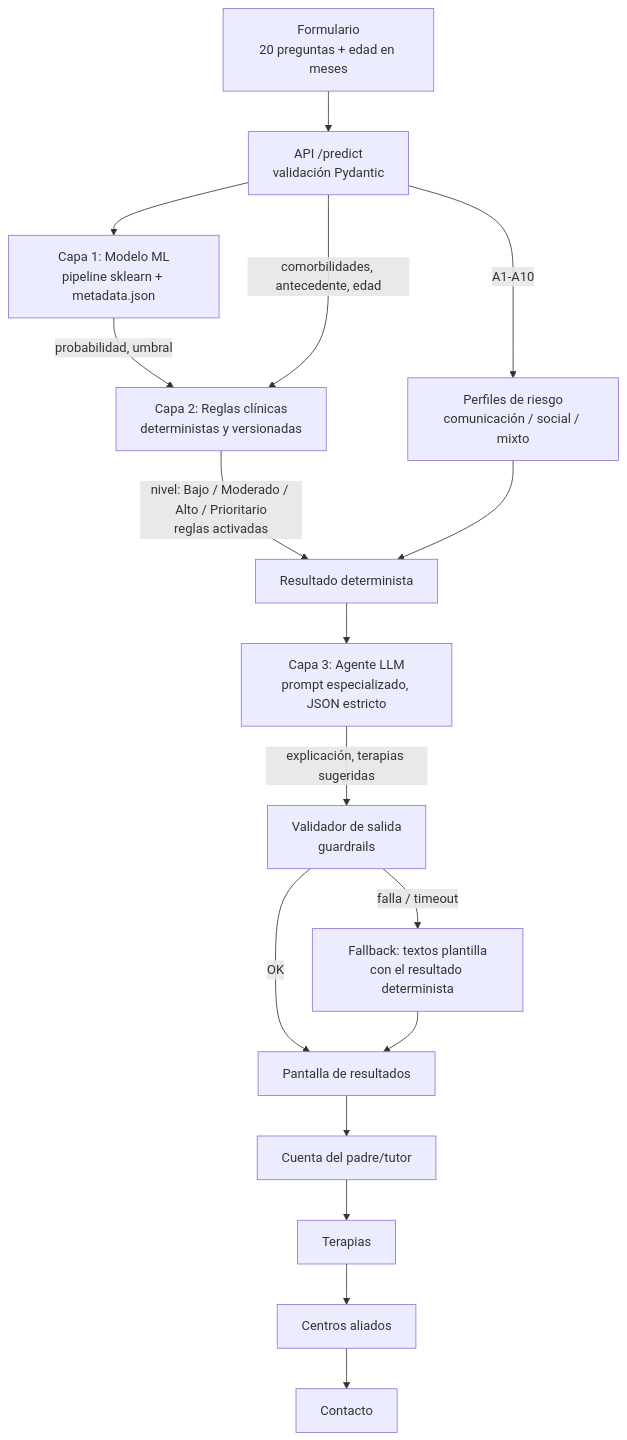
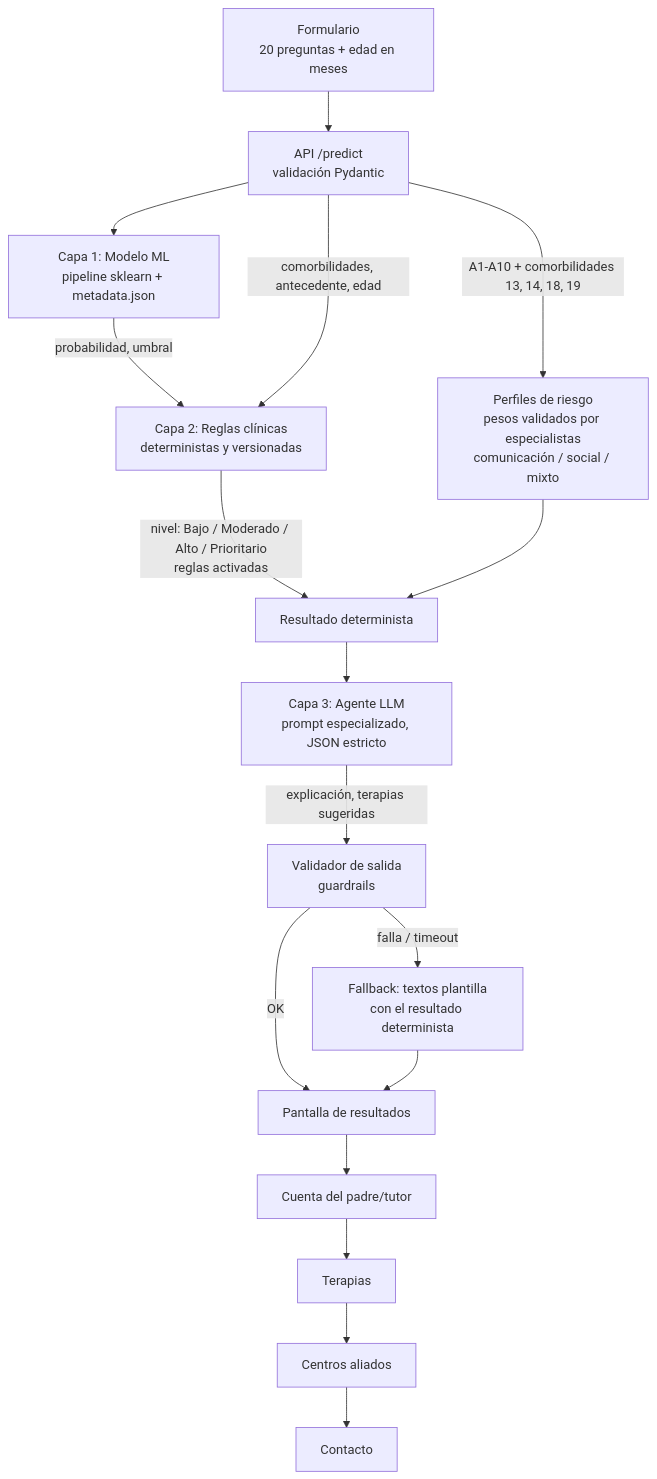
The diagram in docs/consideraciones_app_tamizaje.md (ErnestoSCL/neuroa-modelo-tamizaje), drawn with Mermaid before and after one commit. The commit also changed other lines of this file and 1 other file, not shown here.

````diff
--- a/docs/consideraciones_app_tamizaje.md
+++ b/docs/consideraciones_app_tamizaje.md
@@ -122,16 +122,16 @@
 ```mermaid
 flowchart TD
     A[Formulario<br/>20 preguntas + edad en meses] --> B[API /predict<br/>validación Pydantic]
     B --> C[Capa 1: Modelo ML<br/>pipeline sklearn + metadata.json]
     C -->|probabilidad, umbral| D[Capa 2: Reglas clínicas<br/>deterministas y versionadas]
     B -->|comorbilidades, antecedente, edad| D
     D -->|nivel: Bajo / Moderado / Alto / Prioritario<br/>reglas activadas| E[Resultado determinista]
-    B -->|A1-A10| P[Perfiles de riesgo<br/>comunicación / social / mixto]
+    B -->|A1-A10 + comorbilidades 13, 14, 18, 19| P[Perfiles de riesgo<br/>pesos validados por especialistas<br/>comunicación / social / mixto]
     P --> E
     E --> F[Capa 3: Agente LLM<br/>prompt especializado, JSON estricto]
     F -->|explicación, terapias sugeridas| G[Validador de salida<br/>guardrails]
     G -->|OK| H[Pantalla de resultados]
     G -->|falla / timeout| I[Fallback: textos plantilla<br/>con el resultado determinista]
     I --> H
     H --> J[Cuenta del padre/tutor] --> K[Terapias] --> L[Centros aliados] --> M[Contacto]
 ```
````
